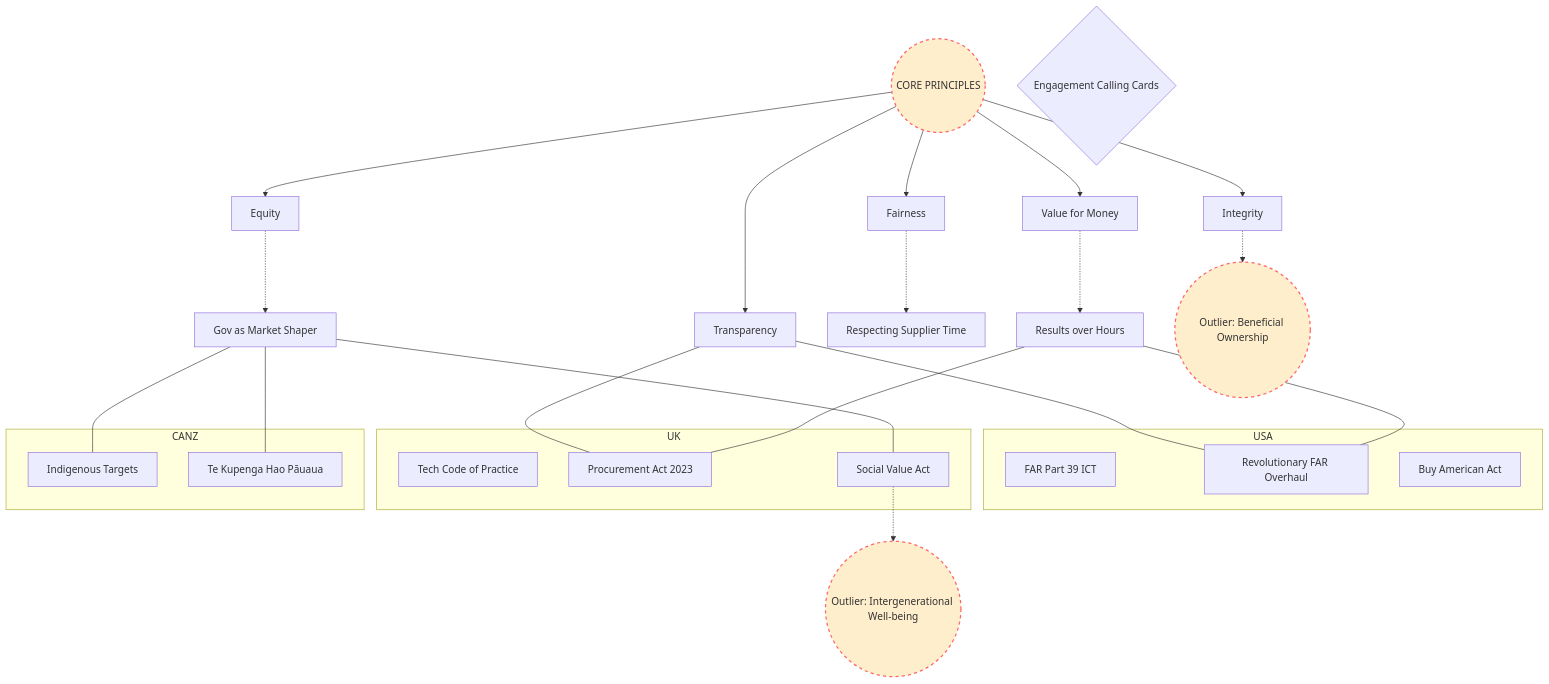
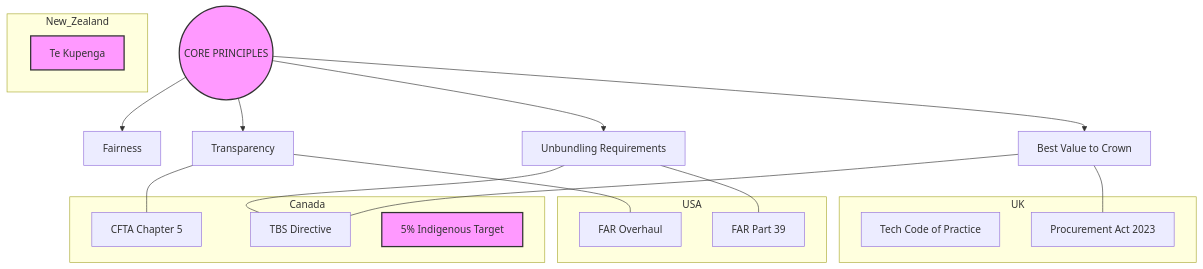
Before and after one commit to mgifford/procurement-ld: the first of 2 diagrams in docs/visualizations.md, drawn with Mermaid. The commit also changed other lines of this file and 4 other files, not shown here.

````diff
--- a/docs/visualizations.md
+++ b/docs/visualizations.md
@@ -9,65 +7,47 @@
 ```mermaid
 graph TD
     %% Core Concept Scheme
     Principles((CORE PRINCIPLES))
     Fairness[Fairness]
     Transp[Transparency]
-    Equity[Equity]
-    Integrity[Integrity]
-    VfM[Value for Money]
+    Unbundling[Unbundling Requirements]
+    BestValue[Best Value to Crown]
 
     Principles --> Fairness
     Principles --> Transp
-    Principles --> Equity
-    Principles --> Integrity
-    Principles --> VfM
-
-    %% Engagement Calling Cards
-    Cards{Engagement Calling Cards}
-    Results[Results over Hours]
-    Respect[Respecting Supplier Time]
-    MarketShaper[Gov as Market Shaper]
-
-    Fairness -.-> Respect
-    VfM -.-> Results
-    Equity -.-> MarketShaper
+    Principles --> Unbundling
+    Principles --> BestValue
 
     %% Regional Implementations
     subgraph USA
-        FAR39[FAR Part 39 ICT]
-        RFO[Revolutionary FAR Overhaul]
-        BuyAm[Buy American Act]
+        FAR39[FAR Part 39]
+        RFO[FAR Overhaul]
     end
 
     subgraph UK
         TCoP[Tech Code of Practice]
         Act2023[Procurement Act 2023]
-        SocialValue[Social Value Act]
     end
 
-    subgraph CANZ
-        Indigenous[Indigenous Targets]
-        TeKupenga[Te Kupenga Hao Pāuaua]
+    subgraph Canada
+        TBS[TBS Directive]
+        CFTA[CFTA Chapter 5]
+        IndTarget[5% Indigenous Target]
+    end
+
+    subgraph New_Zealand
+        TeKupenga[Te Kupenga]
     end
 
     %% Linkages
+    Unbundling --- TBS
+    Unbundling --- FAR39
+    BestValue --- TBS
+    BestValue --- Act2023
+    Transp --- CFTA
     Transp --- RFO
-    Transp --- Act2023
-    MarketShaper --- SocialValue
-    MarketShaper --- Indigenous
-    MarketShaper --- TeKupenga
-    Results --- RFO
-    Results --- Act2023
-
-    %% Outliers
-    Intergen((Outlier: Intergenerational Well-being))
-    Beneficial((Outlier: Beneficial Ownership))
-
-    SocialValue -.-> Intergen
-    Integrity -.-> Beneficial
 
     %% Styling
     classDef principles fill:#f9f,stroke:#333,stroke-width:2px;
-    classDef outliers fill:#fec,stroke:#f66,stroke-width:2px,stroke-dasharray: 5 5;
-    class Principles,Intergen,Beneficial outliers;
+    class Principles,IndTarget,TeKupenga principles;
 ```
````
